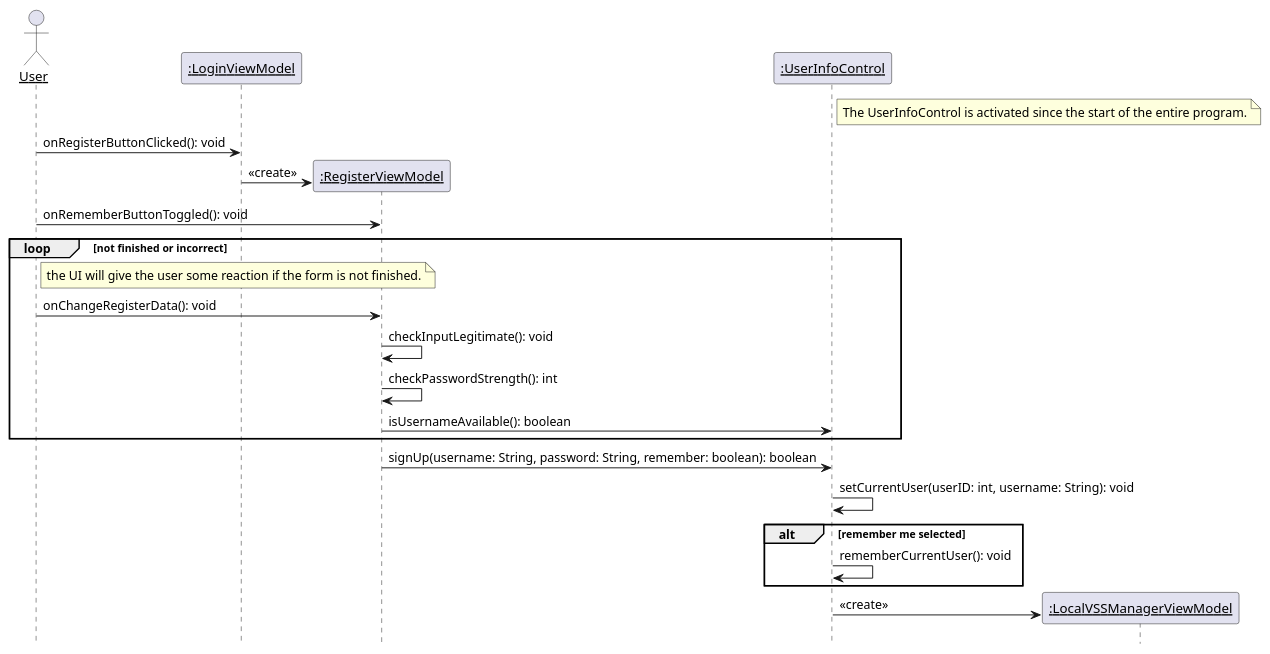
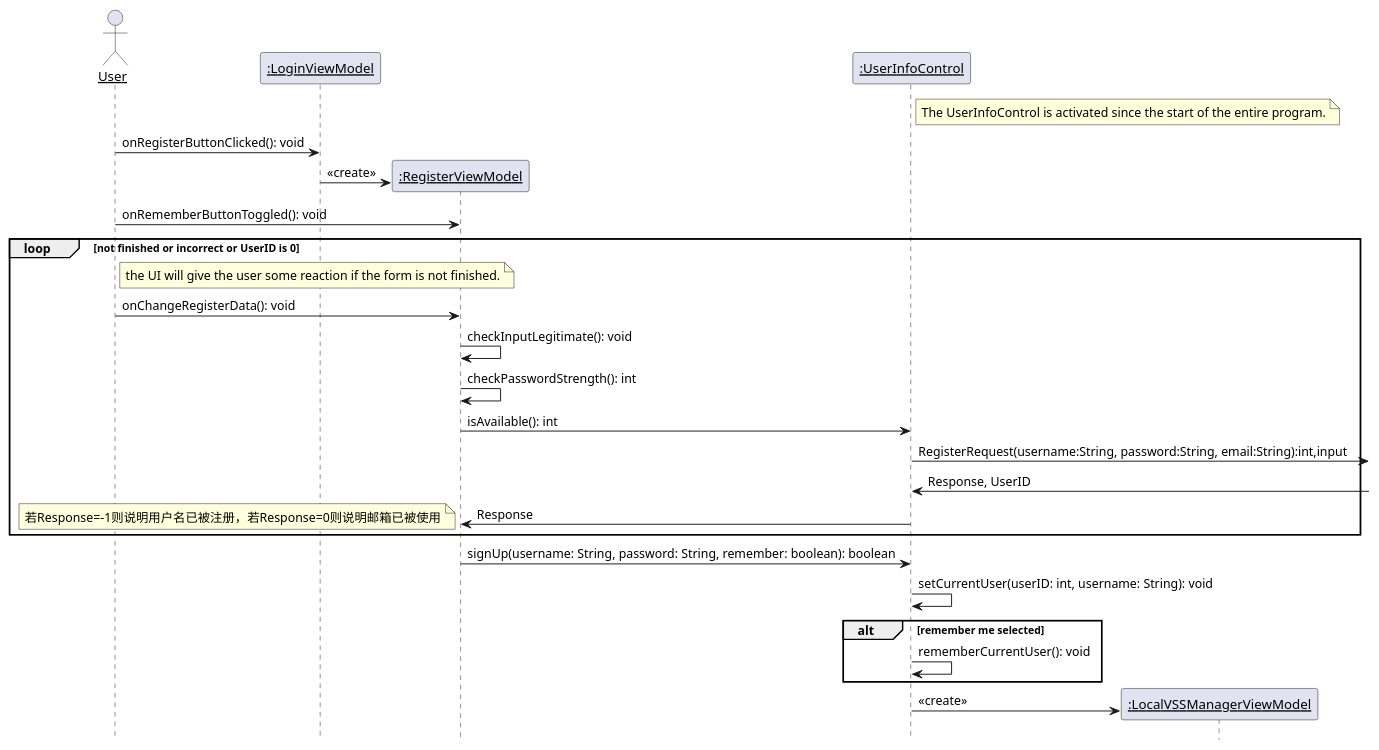
One commit to kpp19920121/doc changed the second of 24 diagrams in 设计/顺序图.md. Above: the diagram before and after it, drawn with PlantUML. The commit also changed other lines of this file, not shown here.

````diff
--- a/设计/顺序图.md
+++ b/设计/顺序图.md
@@ -27,39 +27,43 @@
 ```PlantUML
 @startuml Diagrams/Register
 hide footbox
 skinparam sequenceParticipant underline
 
 actor User as user
 participant ":LoginViewModel" as loginpage
 participant ":RegisterViewModel" as boundary
 participant ":UserInfoControl" as control
 participant ":LocalVSSManagerViewModel" as nextpage
 
 note right of control: The UserInfoControl is activated since the start of the entire program.
 
 user -> loginpage: onRegisterButtonClicked(): void
 
 create boundary
 loginpage -> boundary: <<create>>
 
 user -> boundary: onRememberButtonToggled(): void
-loop not finished or incorrect
+loop not finished or incorrect or UserID is 0
     note right of user
         the UI will give the user some reaction if the form is not finished.
     end note
     user -> boundary: onChangeRegisterData(): void
     boundary -> boundary: checkInputLegitimate(): void
     boundary -> boundary: checkPasswordStrength(): int
-    boundary -> control: isUsernameAvailable(): boolean
+    boundary -> control: isAvailable(): int
+    control ->:RegisterRequest(username:String, password:String, email:String):int,input
+    control <-:Response, UserID
+    control->boundary:Response
+    note left:若Response=-1则说明用户名已被注册，若Response=0则说明邮箱已被使用
 end
 
 boundary -> control: signUp(username: String, password: String, remember: boolean): boolean
 
 control -> control: setCurrentUser(userID: int, username: String): void
 alt remember me selected
     control -> control: rememberCurrentUser(): void
 end
 create nextpage
 control -> nextpage: <<create>>
 @enduml
 ```
````
